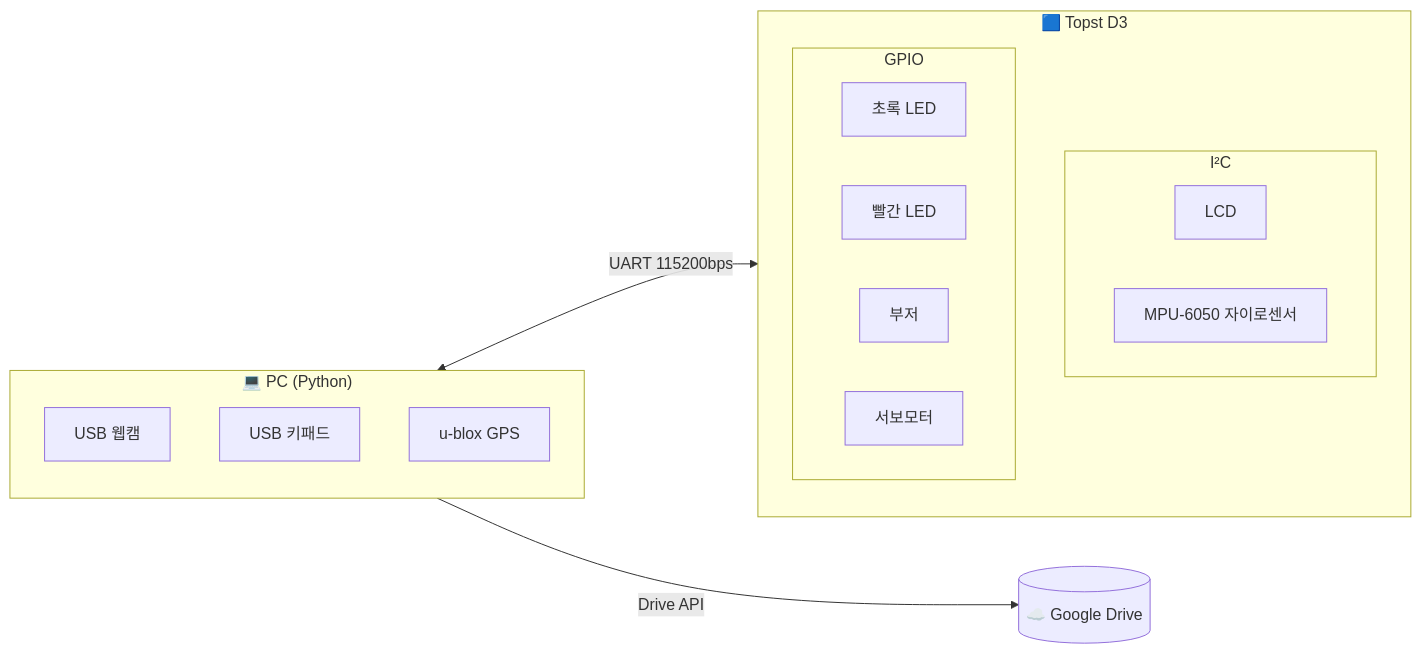
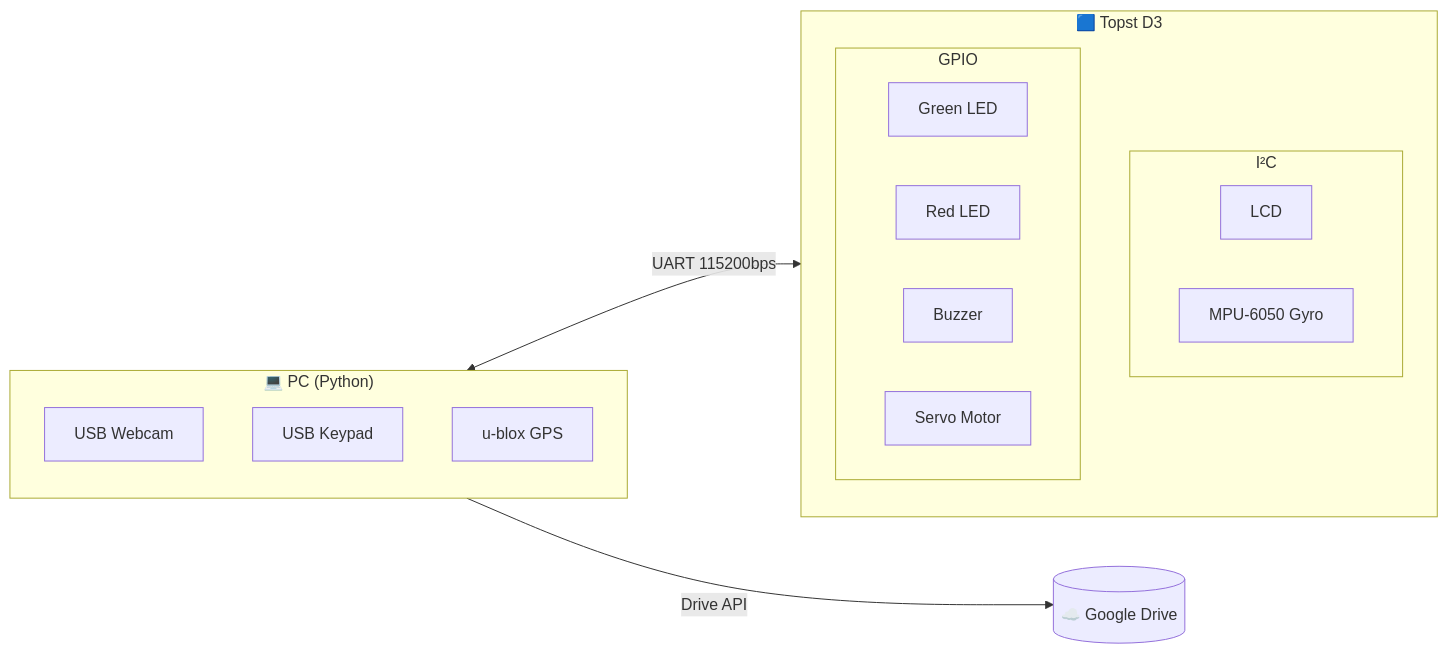
One commit to leo6930/leo6930 changed the first of 2 diagrams in projects/2025/Face Recognition 2FA Smart Safe/README.md. Above: the diagram before and after it, drawn with Mermaid. The commit also changed other lines of this file, not shown here.

````diff
--- a/projects/2025/Face Recognition 2FA Smart Safe/README.md
+++ b/projects/2025/Face Recognition 2FA Smart Safe/README.md
@@ -39,23 +29,23 @@
 ```mermaid
 flowchart LR
     subgraph PC["💻 PC (Python)"]
-        CAM[USB 웹캠]
-        KEY[USB 키패드]
+        CAM[USB Webcam]
+        KEY[USB Keypad]
         GPS[u-blox GPS]
     end
     subgraph BOARD["🟦 Topst D3"]
         direction TB
         subgraph I2C["I²C"]
             LCD[LCD]
-            IMU[MPU-6050 자이로센서]
+            IMU[MPU-6050 Gyro]
         end
         subgraph GPIO["GPIO"]
-            GLED[초록 LED]
-            RLED[빨간 LED]
-            BUZ[부저]
-            SERVO[서보모터]
+            GLED[Green LED]
+            RLED[Red LED]
+            BUZ[Buzzer]
+            SERVO[Servo Motor]
         end
     end
     PC <-->|UART 115200bps| BOARD
     PC -->|Drive API| DRIVE[(☁️ Google Drive)]
 ```
````
